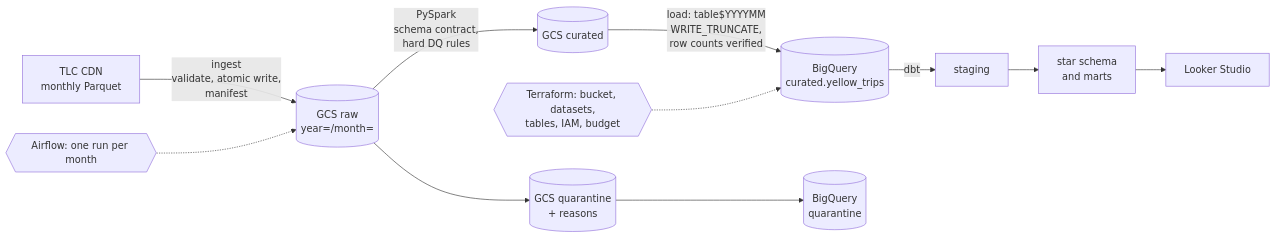
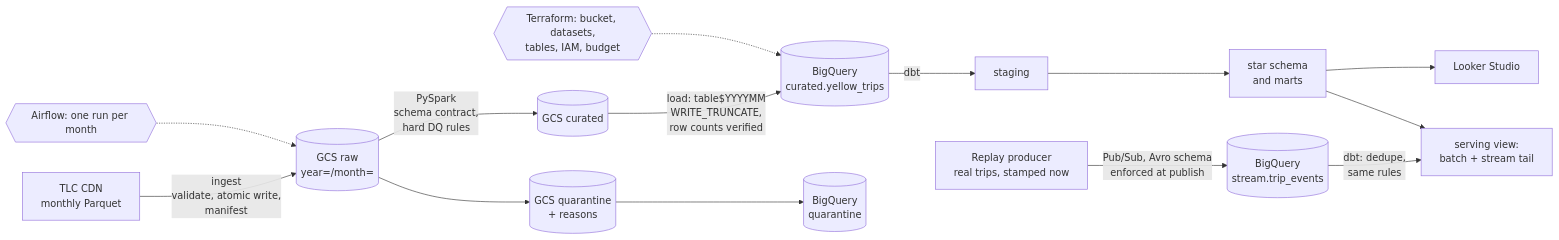
One commit to GFS418/nyc-taxi-lakehouse changed the diagram in README.md. Above: the diagram before and after it, drawn with Mermaid. The commit also changed other lines of this file and 32 other files, not shown here.

````diff
--- a/README.md
+++ b/README.md
@@ -13,11 +17,14 @@
 ```mermaid
 flowchart LR
     TLC["TLC CDN<br/>monthly Parquet"] -->|"ingest<br/>validate, atomic write,<br/>manifest"| RAW[("GCS raw<br/>year=/month=")]
     RAW -->|"PySpark<br/>schema contract,<br/>hard DQ rules"| CUR[("GCS curated")]
     RAW --> Q[("GCS quarantine<br/>+ reasons")]
     CUR -->|"load: table$YYYYMM<br/>WRITE_TRUNCATE,<br/>row counts verified"| BQ[("BigQuery<br/>curated.yellow_trips")]
     Q --> BQQ[("BigQuery<br/>quarantine")]
     BQ -->|dbt| STG["staging"] --> MART["star schema<br/>and marts"] --> BI["Looker Studio"]
+    PROD["Replay producer<br/>real trips, stamped now"] -->|"Pub/Sub, Avro schema<br/>enforced at publish"| LIVE[("BigQuery<br/>stream.trip_events")]
+    LIVE -->|"dbt: dedupe,<br/>same rules"| UNI["serving view:<br/>batch + stream tail"]
+    MART --> UNI
     AF{{"Airflow: one run per month"}} -.-> RAW
     TF{{"Terraform: bucket, datasets,<br/>tables, IAM, budget"}} -.-> BQ
 ```
````
